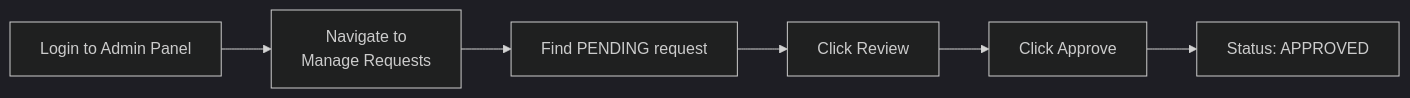
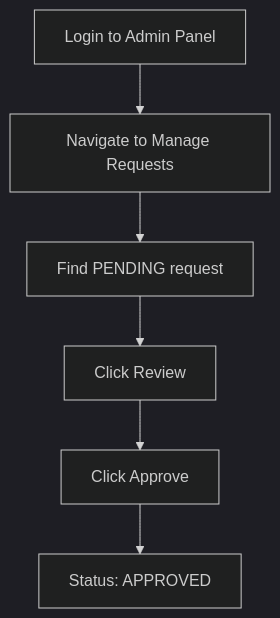
The first of 7 diagrams in docs/source/workflow-examples.rst (ColfaxResearch/cxpn-admin-readthedocs), drawn with Mermaid (dark theme) before and after one commit. The commit also changed other lines of this file, not shown here.

Commit message:
switch workflow diagrams from horizontal to vertical layout

```diff
--- a/docs/source/workflow-examples.rst
+++ b/docs/source/workflow-examples.rst
@@ -14,8 +14,8 @@
 .. mermaid::
 
-   graph LR
-       A[Login to Admin Panel] --> B[Navigate to<br>Manage Requests]
+   graph TD
+       A[Login to Admin Panel] --> B[Navigate to Manage Requests]
        B --> C[Find PENDING request]
        C --> D[Click Review]
        D --> E[Click Approve]
        E --> F[Status: APPROVED]
```
